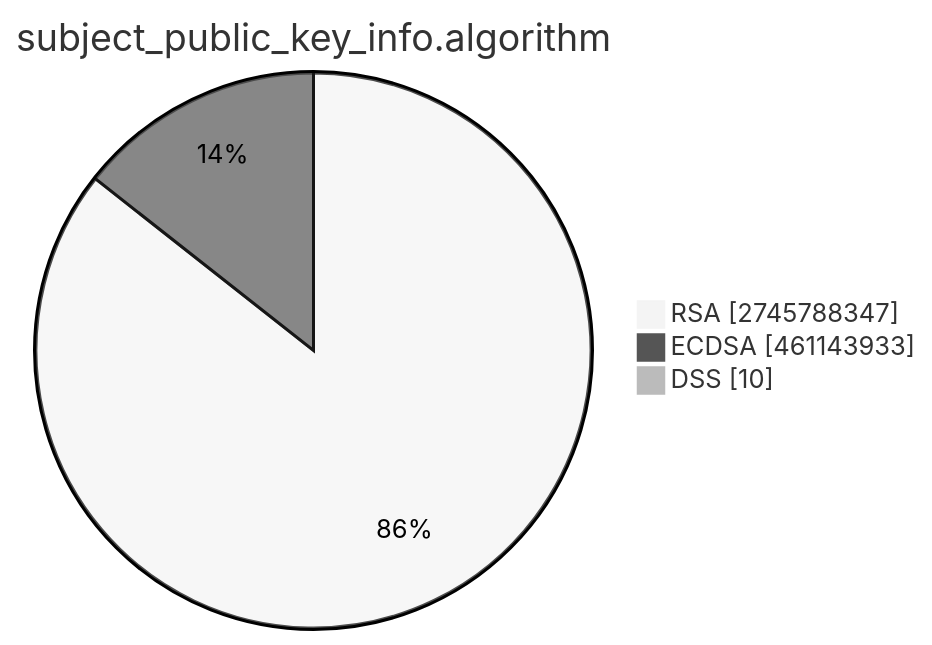
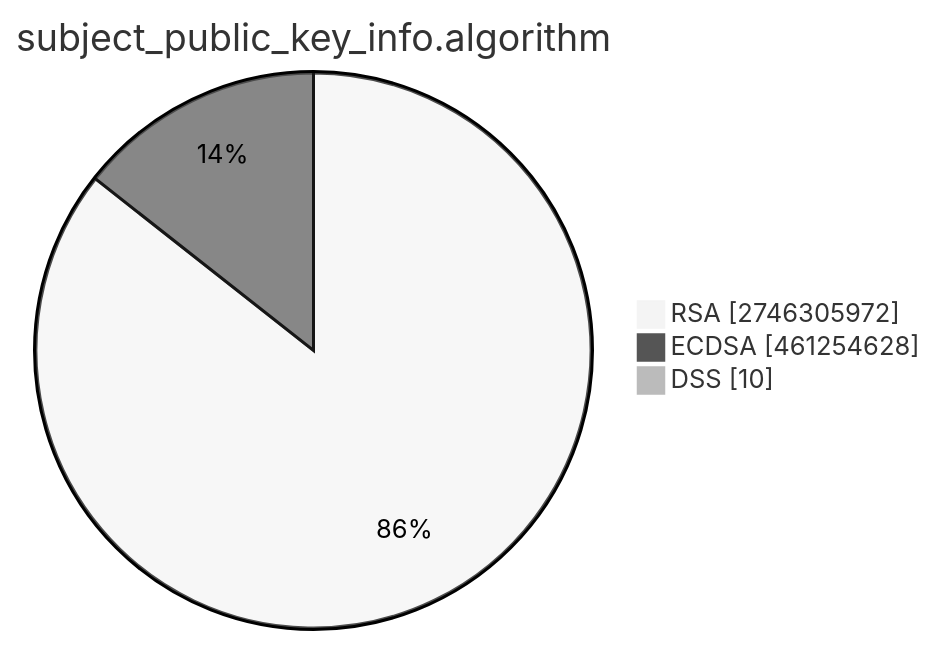
One commit to christiankrug/ctmonitor_visualization changed the second of 15 diagrams in TOTAL/README.md. Above: the diagram before and after it, drawn with Mermaid (neutral theme). The commit also changed other lines of this file, not shown here.

````diff
--- a/TOTAL/README.md
+++ b/TOTAL/README.md
@@ -6,7 +6,7 @@
 ```mermaid
 pie showData
 title subject_public_key_info.algorithm
-"RSA" :2745788347
-"ECDSA" :461143933
+"RSA" :2746305972
+"ECDSA" :461254628
 "DSS" :10
 ```
````
